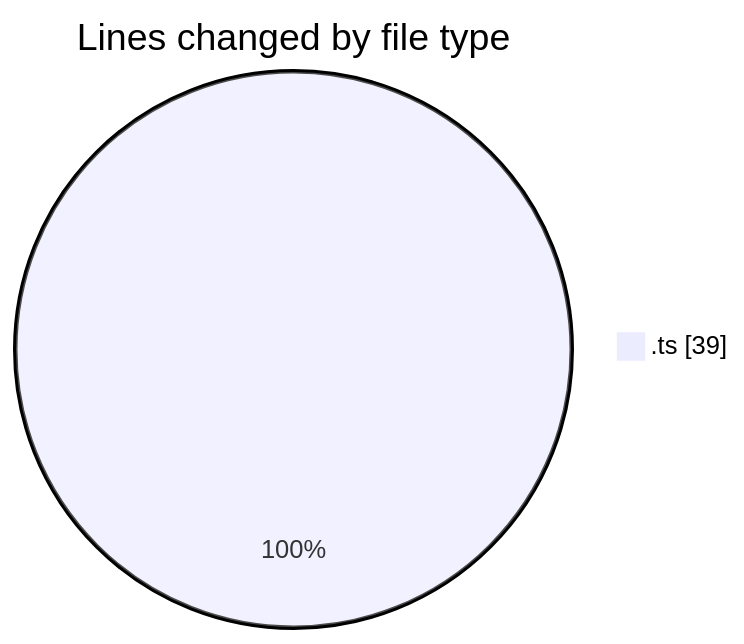
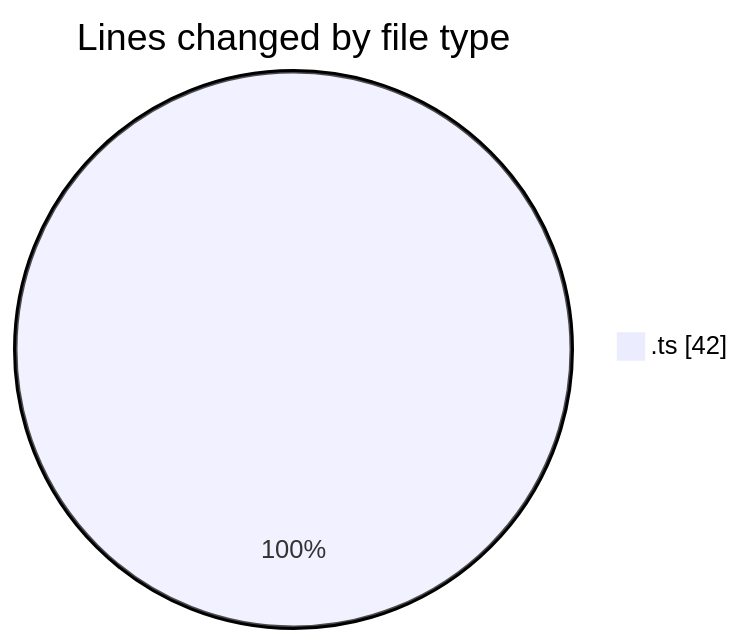
The first of 2 diagrams in 2025-08-13/cda/README.md (momahboobian/code-tracking), drawn with Mermaid before and after one commit. The commit also changed other lines of this file and 1 other file, not shown here.

````diff
--- a/2025-08-13/cda/README.md
+++ b/2025-08-13/cda/README.md
@@ -20,5 +20,5 @@
 ```mermaid
 pie showData
 title Lines changed by file type
-".ts" : 39
+".ts" : 42
 ```
````
